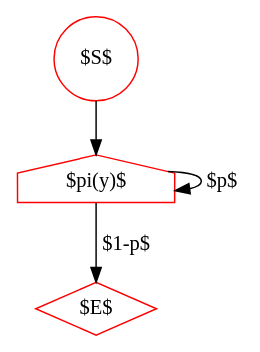
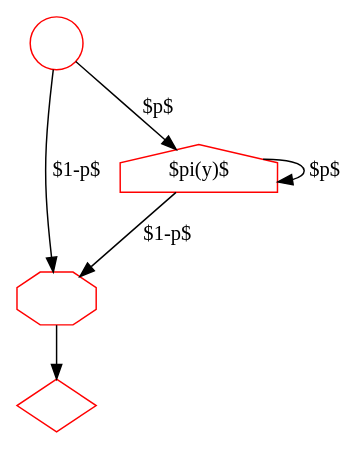
The diagram in null-model.dot (ihh/transducer-tutorial), drawn with Graphviz before and after one commit. The commit also changed 14 other files, not shown here.

```diff
--- a/null-model.dot
+++ b/null-model.dot
@@ -1,12 +1,16 @@
 digraph G {
-    S [label="$S$", shape=circle, color=red];
-    E [label="$E$", shape=diamond, color=red];
+    S [label="", shape=circle, color=red];
+    E [label="", shape=diamond, color=red];
+    W [label="", shape=octagon, color=red];
 
     I [label="$\pi(y)$", shape=house, color=red];
 
-S->I;
+S->I [label="$p$"];
+S->W [label="$1-p$"];
 I->I [label="$p$"];
-I->E [label="$1-p$"];
+I->W [label="$1-p$"];
+W->E;
+
 
 
 }
```
